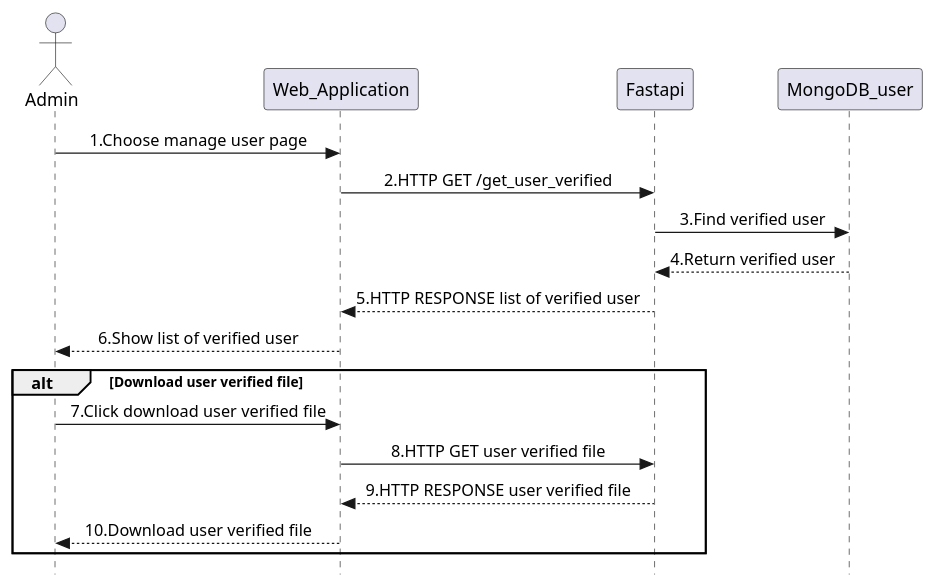
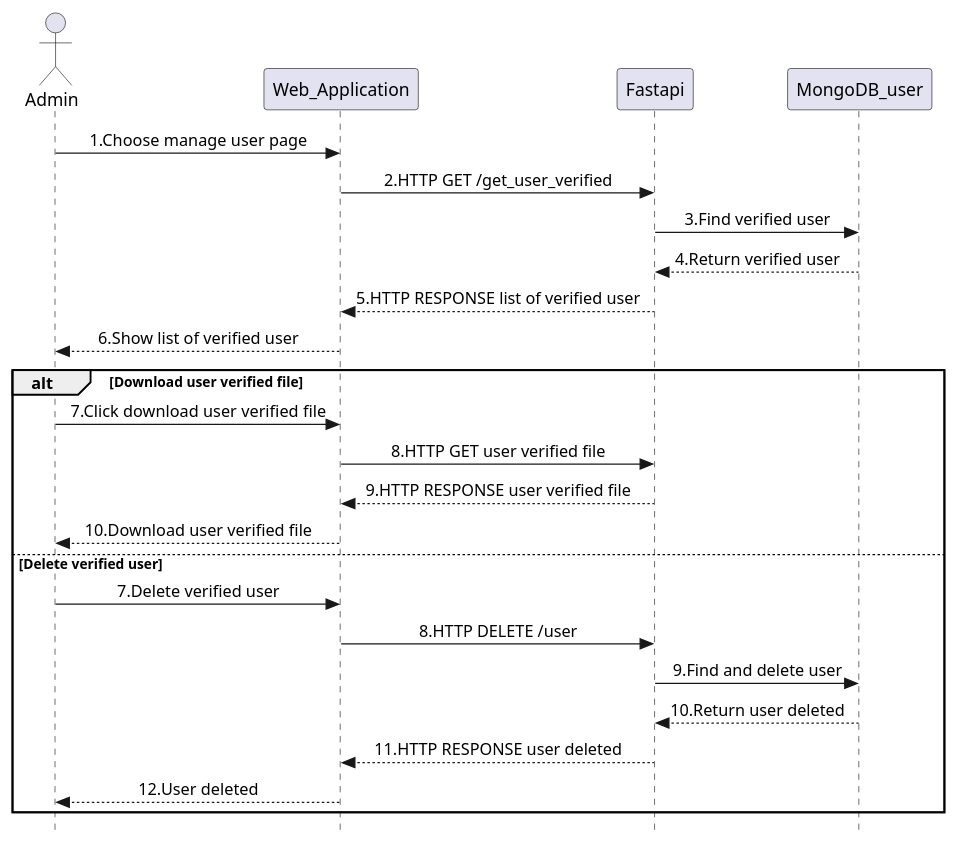
The diagram in Admin_viewManageUser.plantuml (pasin2545/sequence-diagram), drawn with PlantUML before and after one commit. The commit also changed 5 other files, not shown here.

Commit message:
update UML

```diff
--- a/Admin_viewManageUser.plantuml
+++ b/Admin_viewManageUser.plantuml
@@ -1,20 +1,27 @@
 @startuml Roof_Surface_Admin_deleteUser
 skinparam Style strictuml
 skinparam SequenceMessageAlignment center
 actor Admin as admin
 participant Web_Application as web_app
 participant Fastapi as fastapi
 participant MongoDB_user as user
 admin -> web_app : 1.Choose manage user page
 web_app -> fastapi : 2.HTTP GET /get_user_verified
 fastapi -> user : 3.Find verified user
 user --> fastapi : 4.Return verified user
 fastapi --> web_app : 5.HTTP RESPONSE list of verified user
 web_app --> admin : 6.Show list of verified user
 alt Download user verified file
 admin -> web_app : 7.Click download user verified file
 web_app -> fastapi : 8.HTTP GET user verified file
 fastapi --> web_app : 9.HTTP RESPONSE user verified file
 web_app --> admin : 10.Download user verified file
+else Delete verified user
+admin -> web_app : 7.Delete verified user
+web_app -> fastapi : 8.HTTP DELETE /user
+fastapi -> user : 9.Find and delete user
+user --> fastapi : 10.Return user deleted
+fastapi --> web_app : 11.HTTP RESPONSE user deleted
+web_app --> admin : 12.User deleted
 end
 @enduml
```
